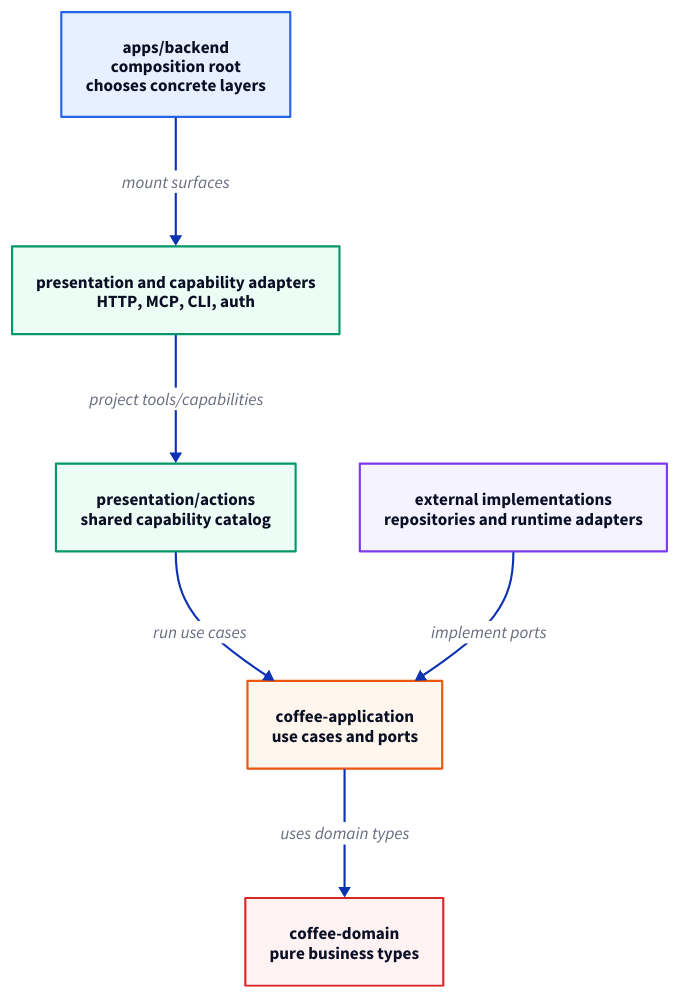
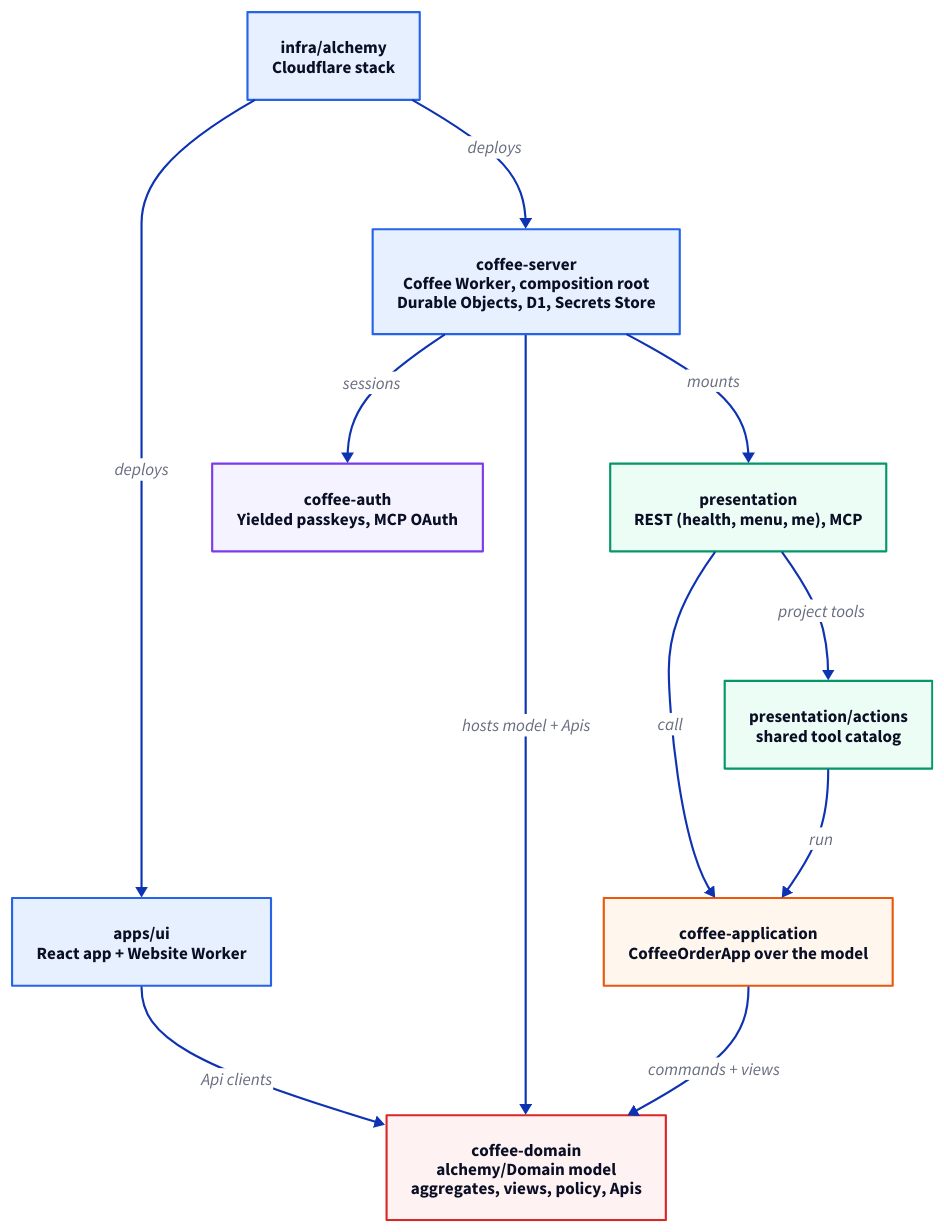
One commit to kevinmichaelchen/effect-coffee-shop changed the diagram in docs/architecture/package-layers.d2. Above: the diagram before and after it, drawn with D2. The commit also changed 333 other files, not shown here.

First line of the commit message:
Migrate to alchemy/Domain on Durable Objects (#116)

```diff
--- a/docs/architecture/package-layers.d2
+++ b/docs/architecture/package-layers.d2
@@ -1,54 +1,67 @@
 direction: down
 
 classes: {
   app: {
     style.fill: "#E7F0FF"
     style.stroke: "#2563EB"
   }
   presentation: {
     style.fill: "#ECFDF5"
     style.stroke: "#059669"
   }
   application: {
     style.fill: "#FFF7ED"
     style.stroke: "#EA580C"
   }
   domain: {
     style.fill: "#FEF2F2"
     style.stroke: "#DC2626"
   }
   external: {
     style.fill: "#F5F3FF"
     style.stroke: "#7C3AED"
   }
 }
 
-app: "apps/backend\ncomposition root\nchooses concrete layers" {
+infra: "infra/alchemy\nCloudflare stack" {
   class: app
 }
 
-presentation: "presentation and capability adapters\nHTTP, MCP, CLI, auth" {
+ui: "apps/ui\nReact app + Website Worker" {
+  class: app
+}
+
+server: "coffee-server\nCoffee Worker, composition root\nDurable Objects, D1, Secrets Store" {
+  class: app
+}
+
+presentation: "presentation\nREST (health, menu, me), MCP" {
   class: presentation
 }
 
-actions: "presentation/actions\nshared capability catalog" {
+actions: "presentation/actions\nshared tool catalog" {
   class: presentation
 }
 
-core: "coffee-application\nuse cases and ports" {
+auth: "coffee-auth\nYielded passkeys, MCP OAuth" {
+  class: external
+}
+
+core: "coffee-application\nCoffeeOrderApp over the model" {
   class: application
 }
 
-domain: "coffee-domain\npure business types" {
+domain: "coffee-domain\nalchemy/Domain model\naggregates, views, policy, Apis" {
   class: domain
 }
 
-external: "external implementations\nrepositories and runtime adapters" {
-  class: external
-}
-
-app -> presentation: "mount surfaces"
-presentation -> actions: "project tools/capabilities"
-actions -> core: "run use cases"
-external -> core: "implement ports"
-core -> domain: "uses domain types"
+infra -> server: "deploys"
+infra -> ui: "deploys"
+ui -> domain: "Api clients"
+server -> presentation: "mounts"
+server -> auth: "sessions"
+server -> domain: "hosts model + Apis"
+presentation -> actions: "project tools"
+presentation -> core: "call"
+actions -> core: "run"
+core -> domain: "commands + views"
```
